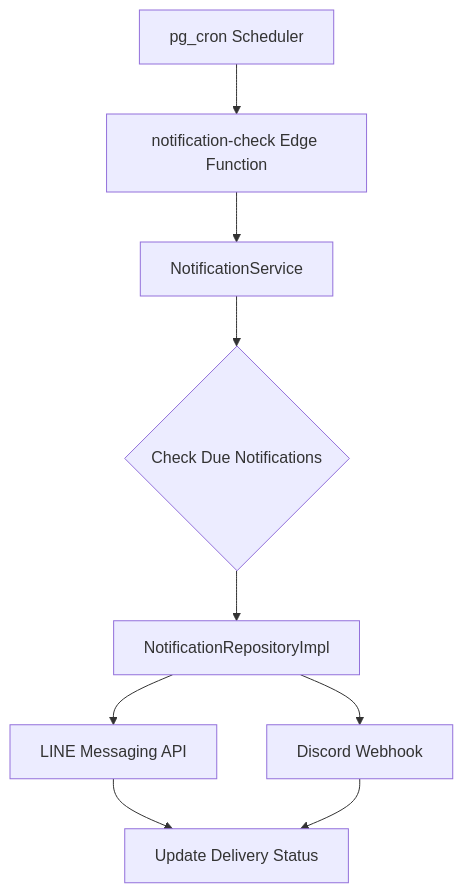
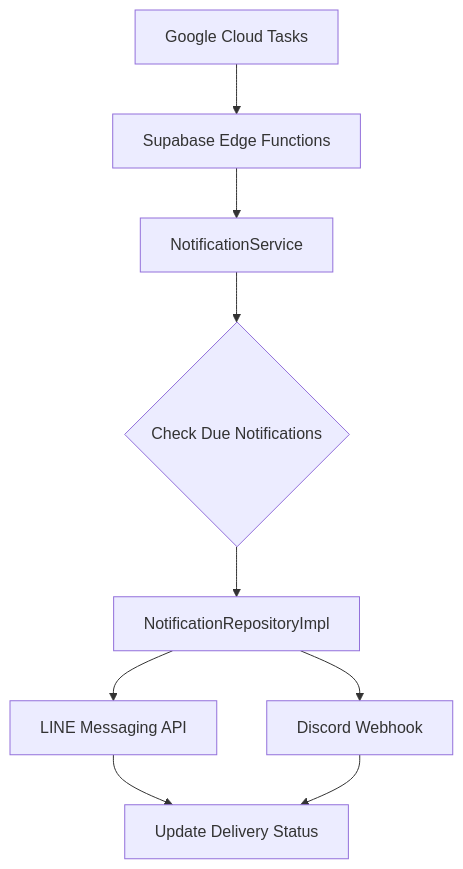
Before and after one commit to kazuya-m/urawa-support-hub: the second of 2 diagrams in docs/architecture.md, drawn with Mermaid. The commit also changed other lines of this file and 1 other file, not shown here.

````diff
--- a/docs/architecture.md
+++ b/docs/architecture.md
@@ -104,11 +139,11 @@
 ```mermaid
 graph TD
-    A[pg_cron Scheduler] --> B[notification-check Edge Function]
+    A[Google Cloud Tasks] --> B[Supabase Edge Functions]
     B --> C[NotificationService]
     C --> D{Check Due Notifications}
     D --> E[NotificationRepositoryImpl]
     E --> F[LINE Messaging API]
     E --> G[Discord Webhook]
     F --> H[Update Delivery Status]
     G --> H
 ```
````
